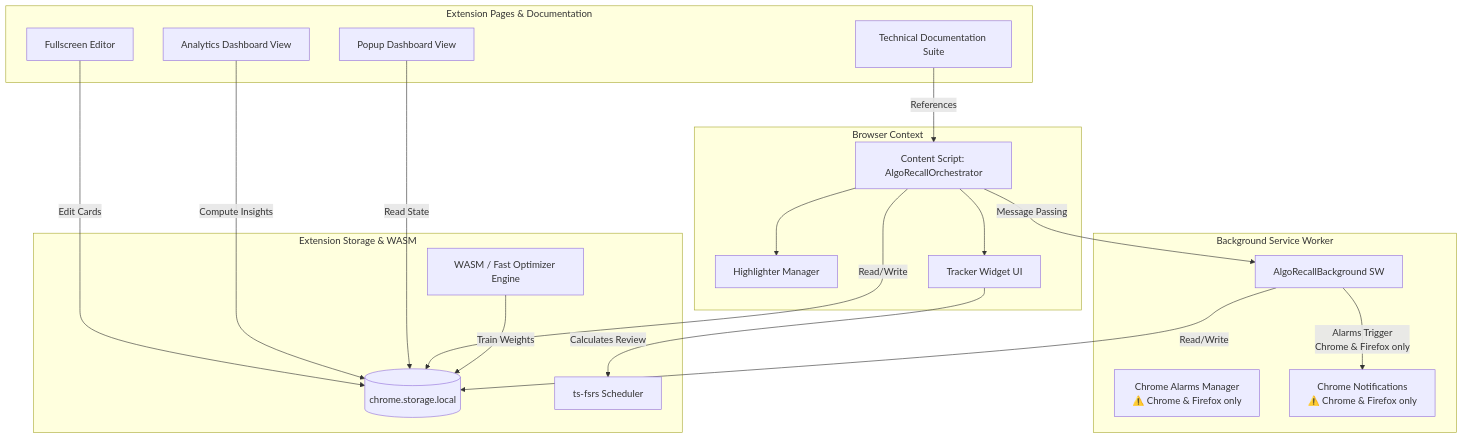
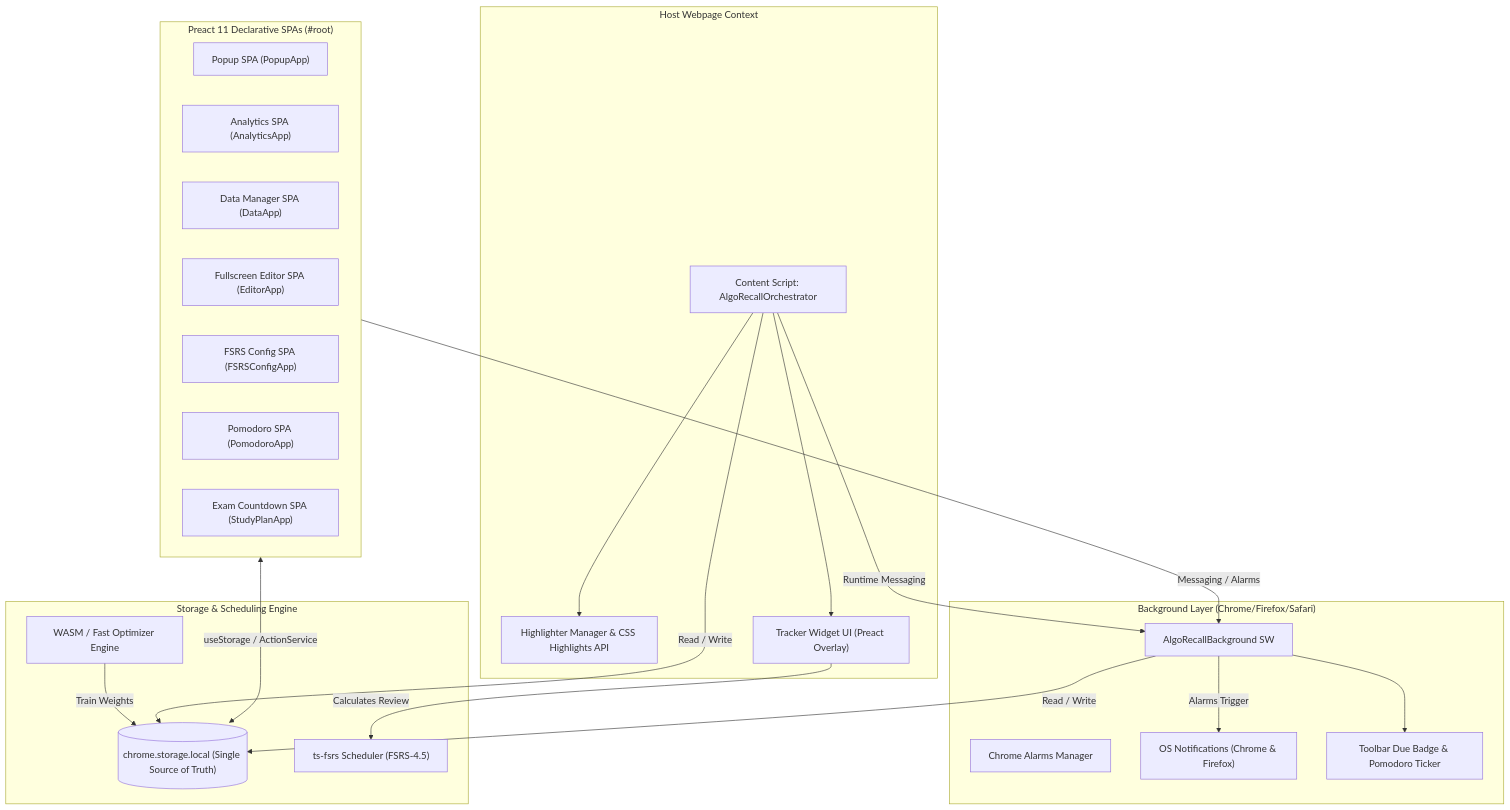
The diagram in README.md (sdeanmol/algomonster-fsrs-extension), drawn with Mermaid before and after one commit. The commit also changed other lines of this file and 11 other files, not shown here.

````diff
--- a/README.md
+++ b/README.md
@@ -62,40 +61,43 @@
 ```mermaid
 graph TD
-    subgraph Browser Context
-        CS[Content Script: AlgoRecallOrchestrator]
-        HL[Highlighter Manager]
-        TR[Tracker Widget UI]
+    subgraph Browser_Context ["Host Webpage Context"]
+        CS["Content Script: AlgoRecallOrchestrator"]
+        HL["Highlighter Manager & CSS Highlights API"]
+        TR["Tracker Widget UI (Preact Overlay)"]
     end
 
-    subgraph Background Service Worker
-        BG[AlgoRecallBackground SW]
-        AL[Chrome Alarms Manager\n⚠️ Chrome & Firefox only]
-        NOTIF[Chrome Notifications\n⚠️ Chrome & Firefox only]
+    subgraph Background_Service ["Background Layer (Chrome/Firefox/Safari)"]
+        BG["AlgoRecallBackground SW"]
+        AL["Chrome Alarms Manager"]
+        NOTIF["OS Notifications (Chrome & Firefox)"]
+        BADGE["Toolbar Due Badge & Pomodoro Ticker"]
     end
 
-    subgraph Extension Storage & WASM
-        ST[(chrome.storage.local)]
-        FSRS[ts-fsrs Scheduler]
-        OPT[WASM / Fast Optimizer Engine]
+    subgraph Storage_WASM ["Storage & Scheduling Engine"]
+        ST[("chrome.storage.local (Single Source of Truth)")]
+        FSRS["ts-fsrs Scheduler (FSRS-4.5)"]
+        OPT["WASM / Fast Optimizer Engine"]
     end
 
-    subgraph Extension Pages & Documentation
-        POP[Popup Dashboard View]
-        AN[Analytics Dashboard View]
-        ED[Fullscreen Editor]
-        DOCS[Technical Documentation Suite]
+    subgraph Preact_Applications ["Preact 11 Declarative SPAs (#root)"]
+        POP["Popup SPA (PopupApp)"]
+        ANA["Analytics SPA (AnalyticsApp)"]
+        DATA["Data Manager SPA (DataApp)"]
+        ED["Fullscreen Editor SPA (EditorApp)"]
+        CONF["FSRS Config SPA (FSRSConfigApp)"]
+        POMO["Pomodoro SPA (PomodoroApp)"]
+        PLAN["Exam Countdown SPA (StudyPlanApp)"]
     end
 
-    CS -->|Message Passing| BG
+    CS -->|Runtime Messaging| BG
     CS --> HL
     CS --> TR
     TR -->|Calculates Review| FSRS
     OPT -->|Train Weights| ST
-    BG -->|Alarms Trigger\nChrome & Firefox only| NOTIF
-    BG -->|Read/Write| ST
-    CS -->|Read/Write| ST
-    POP -->|Read State| ST
-    AN -->|Compute Insights| ST
-    ED -->|Edit Cards| ST
-    DOCS -->|References| CS
+    BG -->|Alarms Trigger| NOTIF
+    BG --> BADGE
+    BG -->|Read / Write| ST
+    CS -->|Read / Write| ST
+    Preact_Applications <-->|useStorage / ActionService| ST
+    Preact_Applications -->|Messaging / Alarms| BG
 ```
````
